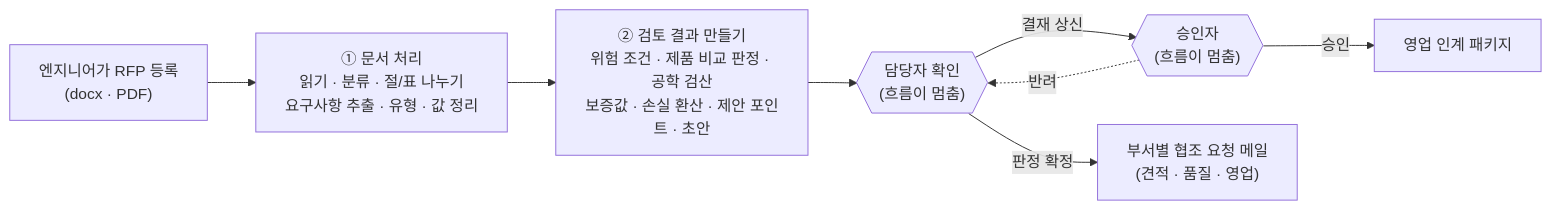
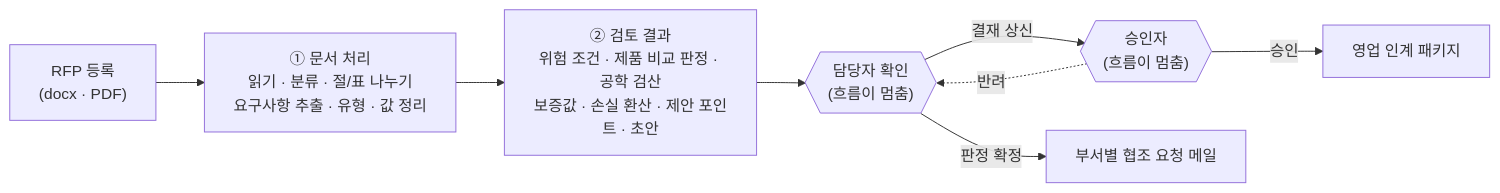
One commit to choiminjeong0623/rfpreview-agent changed the diagram in README.md. Above: the diagram before and after it, drawn with Mermaid. The commit also changed other lines of this file and 5 other files, not shown here.

````diff
--- a/README.md
+++ b/README.md
@@ -49,10 +20,10 @@
 ```mermaid
 flowchart LR
-    U["엔지니어가 RFP 등록<br/>(docx · PDF)"] --> D["① 문서 처리<br/>읽기 · 분류 · 절/표 나누기<br/>요구사항 추출 · 유형 · 값 정리"]
-    D --> R["② 검토 결과 만들기<br/>위험 조건 · 제품 비교 판정 · 공학 검산<br/>보증값 · 손실 환산 · 제안 포인트 · 초안"]
+    U["RFP 등록<br/>(docx · PDF)"] --> D["① 문서 처리<br/>읽기 · 분류 · 절/표 나누기<br/>요구사항 추출 · 유형 · 값 정리"]
+    D --> R["② 검토 결과<br/>위험 조건 · 제품 비교 판정 · 공학 검산<br/>보증값 · 손실 환산 · 제안 포인트 · 초안"]
     R --> H1{{"담당자 확인<br/>(흐름이 멈춤)"}}
     H1 -- "결재 상신" --> H2{{"승인자<br/>(흐름이 멈춤)"}}
     H2 -- "승인" --> OUT["영업 인계 패키지"]
     H2 -. "반려" .-> H1
-    H1 -- "판정 확정" --> M["부서별 협조 요청 메일<br/>(견적 · 품질 · 영업)"]
+    H1 -- "판정 확정" --> M["부서별 협조 요청 메일"]
 ```
````
